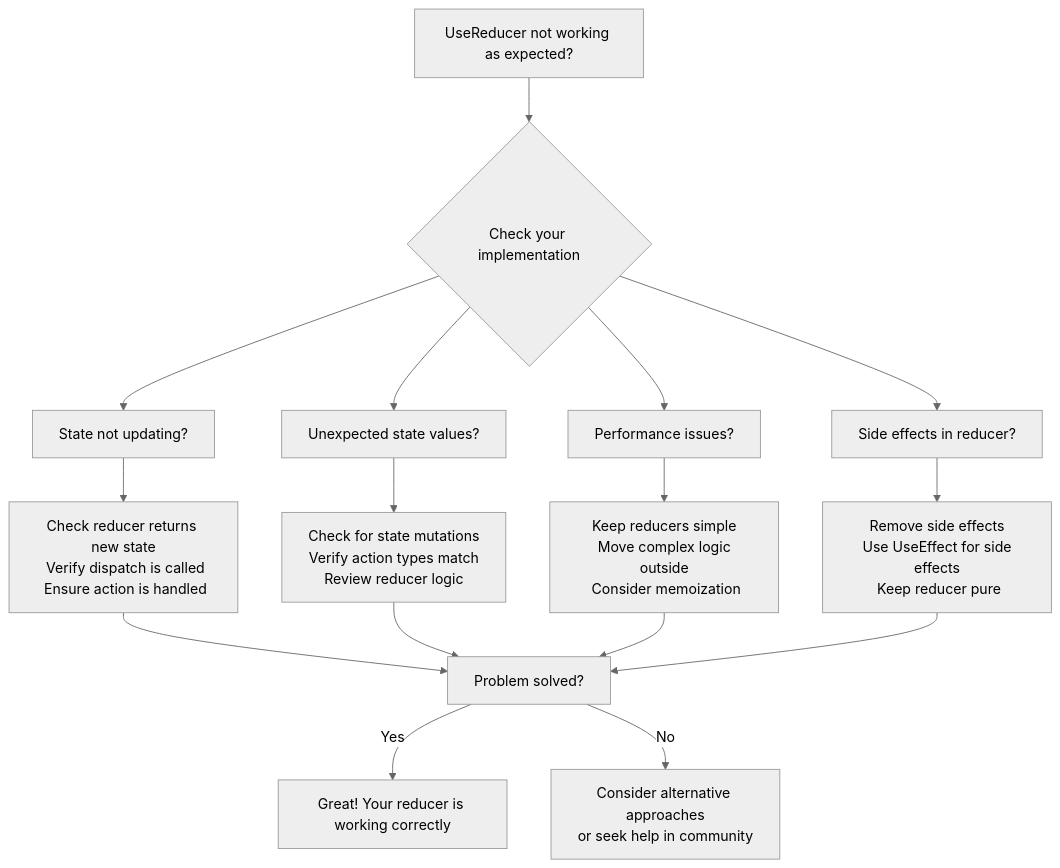
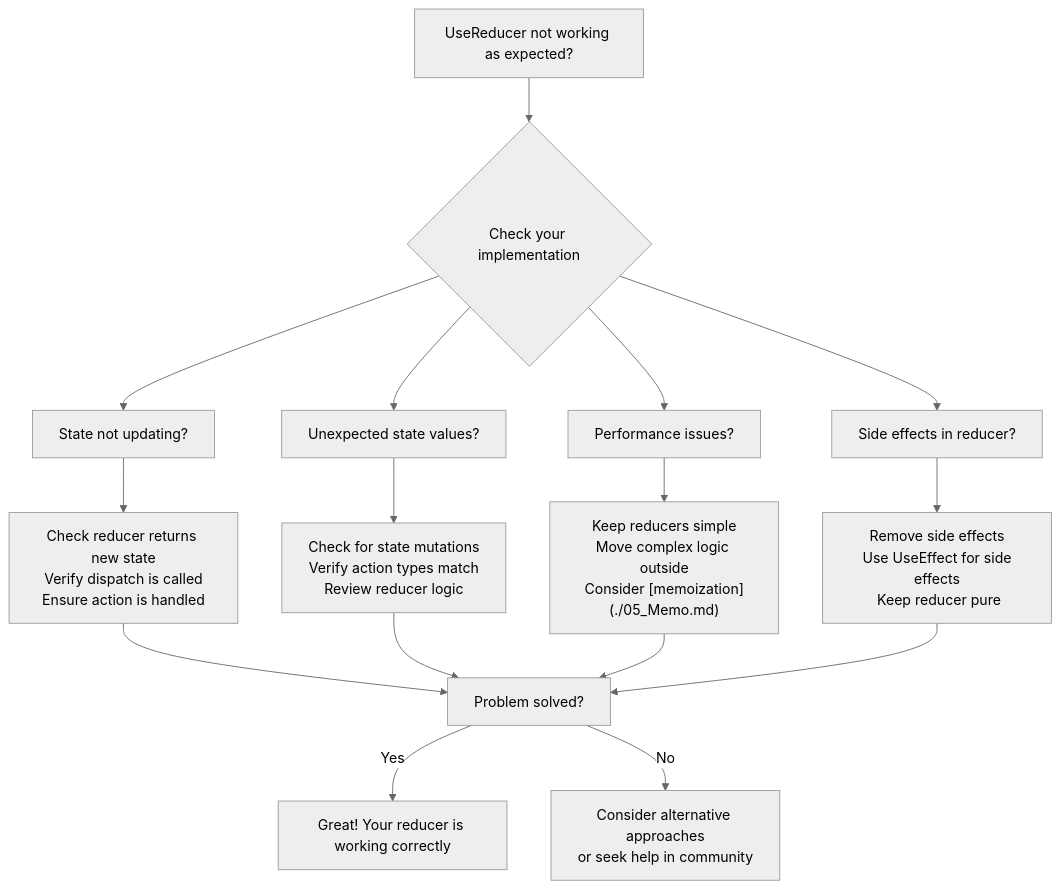
The third of 3 diagrams in Ivy.Docs.Shared/Docs/04_Hooks/07_Reducer.md (Ivy-Interactive/Ivy-Framework), drawn with Mermaid (neutral theme) before and after one commit. The commit also changed other lines of this file and 5 other files, not shown here.

````diff
--- a/Ivy.Docs.Shared/Docs/04_Hooks/07_Reducer.md
+++ b/Ivy.Docs.Shared/Docs/04_Hooks/07_Reducer.md
@@ -370,22 +370,22 @@
 ```mermaid
 flowchart TD
     A["UseReducer not working as expected?"] --> B{Check your implementation}
     
     B --> C["State not updating?"]
     B --> D["Unexpected state values?"]
     B --> E["Performance issues?"]
     B --> F["Side effects in reducer?"]
     
-    C --> C1["Check reducer returns new state<br/> Verify dispatch is called<br/> Ensure action is handled"]
-    D --> D1["Check for state mutations<br/> Verify action types match<br/> Review reducer logic"]
-    E --> E1["Keep reducers simple<br/> Move complex logic outside<br/> Consider memoization"]
+    C --> C1["Check reducer returns new state<br/>Verify dispatch is called<br/>Ensure action is handled"]
+    D --> D1["Check for state mutations<br/>Verify action types match<br/>Review reducer logic"]
+    E --> E1["Keep reducers simple<br/>Move complex logic outside<br/>Consider [memoization](./05_Memo.md)"]
     F --> F1["Remove side effects<br/> Use UseEffect for side effects<br/> Keep reducer pure"]
     
     C1 --> G["Problem solved?"]
     D1 --> G
     E1 --> G
     F1 --> G
     
     G -->|Yes| H["Great! Your reducer is working correctly"]
     G -->|No| I["Consider alternative approaches<br/>or seek help in community"]
 ```
````
